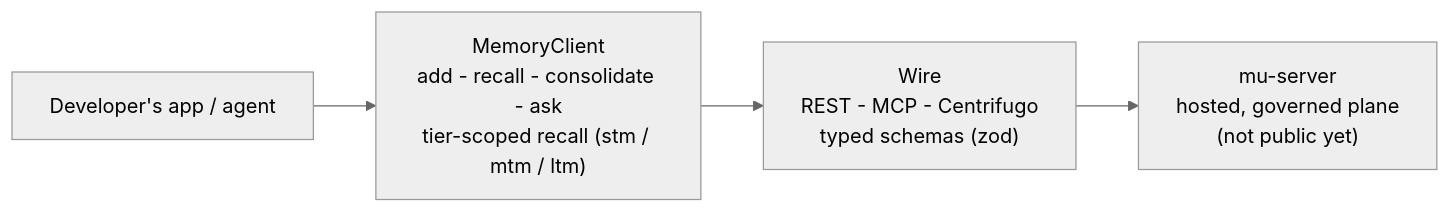
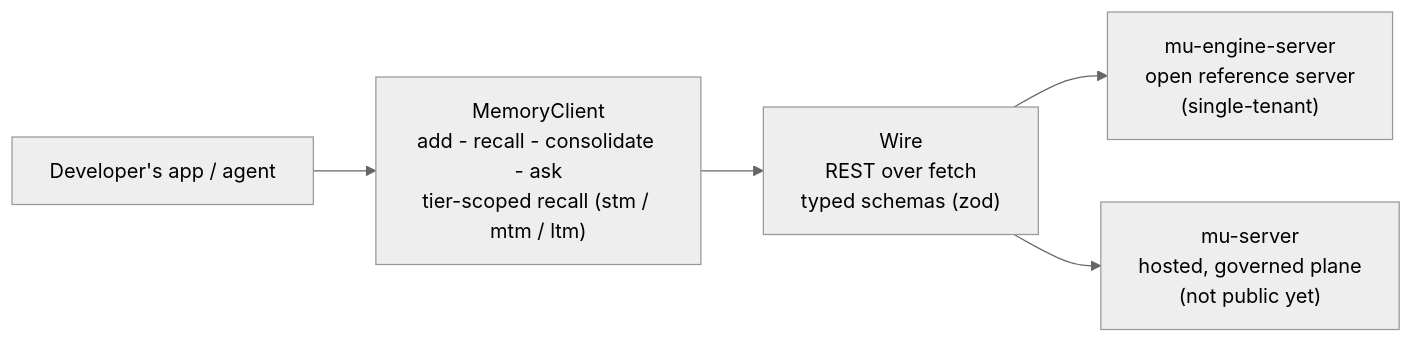
One commit to MemoryUniverse/mu-sdk-js changed the diagram in README.md. Above: the diagram before and after it, drawn with Mermaid (neutral theme). The commit also changed other lines of this file, not shown here.

First line of the commit message:
docs(readme): refresh against the code, and link the mechanics diagrams

````diff
--- a/README.md
+++ b/README.md
@@ -84,6 +135,7 @@
 ```mermaid
 flowchart LR
     App["Developer's app / agent"] --> SDK["MemoryClient<br/>add - recall - consolidate - ask<br/>tier-scoped recall (stm / mtm / ltm)"]
-    SDK --> Wire["Wire<br/>REST - MCP - Centrifugo<br/>typed schemas (zod)"]
+    SDK --> Wire["Wire<br/>REST over fetch<br/>typed schemas (zod)"]
+    Wire --> Ref["mu-engine-server<br/>open reference server<br/>(single-tenant)"]
     Wire --> Srv["mu-server<br/>hosted, governed plane<br/>(not public yet)"]
 ```
````
